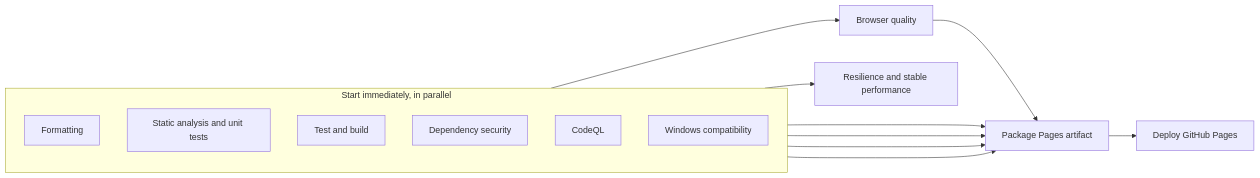
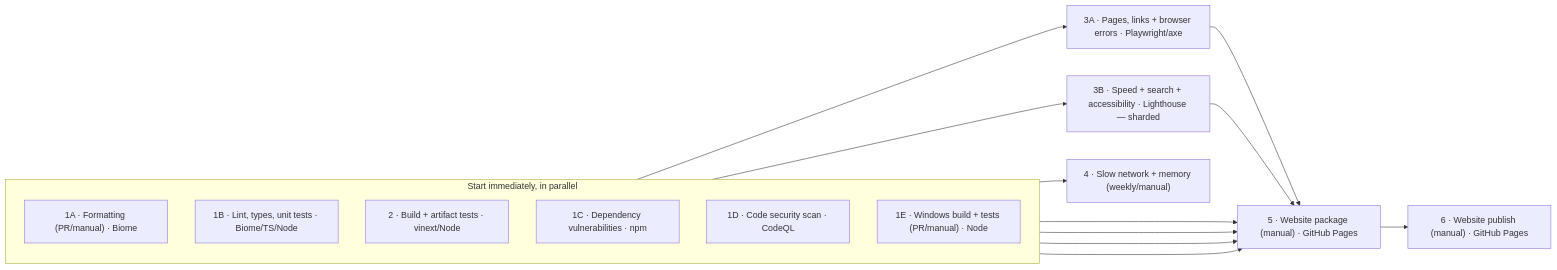
Before and after one commit to cconway1-stevens/ohat-website: the fourth of 4 diagrams in README.md, drawn with Mermaid. The commit also changed other lines of this file and 1 other file, not shown here.

Commit message:
fix: clear the contact heading, and fold CI/README onto the new stages
- Contact page: `.contact-route` reserved a flat 116px with no `--notice-h`,
  so with a notice banner up the masthead covered the h1 on phones ("Contact
  the garage" rendered behind the nav). It now reserves the real masthead plus
  the banner's measured height: 57px of clearance at 393x852.
- CI: the unit tier joins stage 1B, which already installs dependencies and
  runs no build; stage 2 is renamed for what it now owns (the artifact tiers).
  1E runs `npm test` rather than re-running Biome/ESLint/tsc, which reach the
  same verdict on Linux -- Windows risk is shell scripts and path resolution.
- README: regenerated against the new stage names, and matrix jobs no longer
  leak a raw `${{ }}` expression into the table or the mermaid node.

````diff
--- a/README.md
+++ b/README.md
@@ -185,24 +185,27 @@
 ```mermaid
 flowchart LR
   subgraph gate["Start immediately, in parallel"]
     direction TB
-    formatting["Formatting"]
-    static_analysis["Static analysis and unit tests"]
-    test_build["Test and build"]
-    dependency_security["Dependency security"]
-    codeql["CodeQL"]
-    windows["Windows compatibility"]
+    formatting["1A · Formatting (PR/manual) · Biome"]
+    static_analysis["1B · Lint, types, unit tests · Biome/TS/Node"]
+    test_build["2 · Build + artifact tests · vinext/Node"]
+    dependency_security["1C · Dependency vulnerabilities · npm"]
+    codeql["1D · Code security scan · CodeQL"]
+    windows["1E · Windows build + tests (PR/manual) · Node"]
   end
-  browser_quality["Browser quality"]
-  resilience["Resilience and stable performance"]
-  package_pages["Package Pages artifact"]
-  deploy["Deploy GitHub Pages"]
-  test_build --> browser_quality
+  browser_functional["3A · Pages, links + browser errors · Playwright/axe"]
+  lighthouse["3B · Speed + search + accessibility · Lighthouse — sharded"]
+  resilience["4 · Slow network + memory (weekly/manual)"]
+  package_pages["5 · Website package (manual) · GitHub Pages"]
+  deploy["6 · Website publish (manual) · GitHub Pages"]
+  test_build --> browser_functional
+  test_build --> lighthouse
   test_build --> resilience
   static_analysis --> package_pages
   test_build --> package_pages
-  browser_quality --> package_pages
+  browser_functional --> package_pages
+  lighthouse --> package_pages
   dependency_security --> package_pages
   codeql --> package_pages
   package_pages --> deploy
 ```
````
